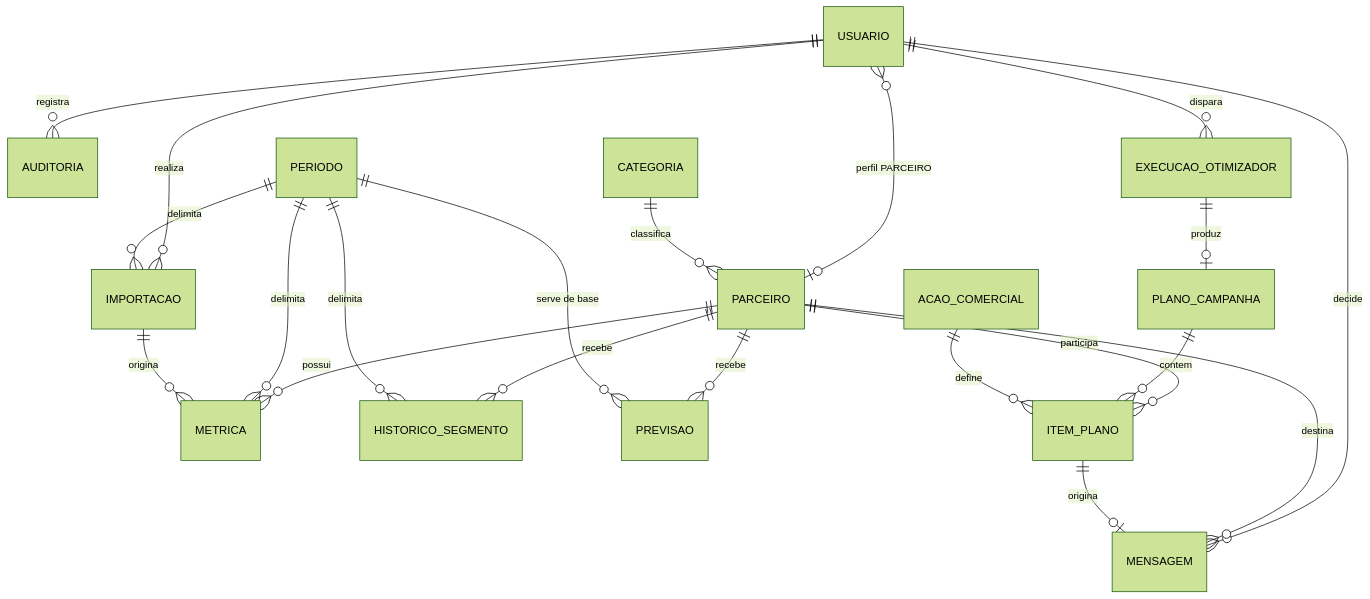
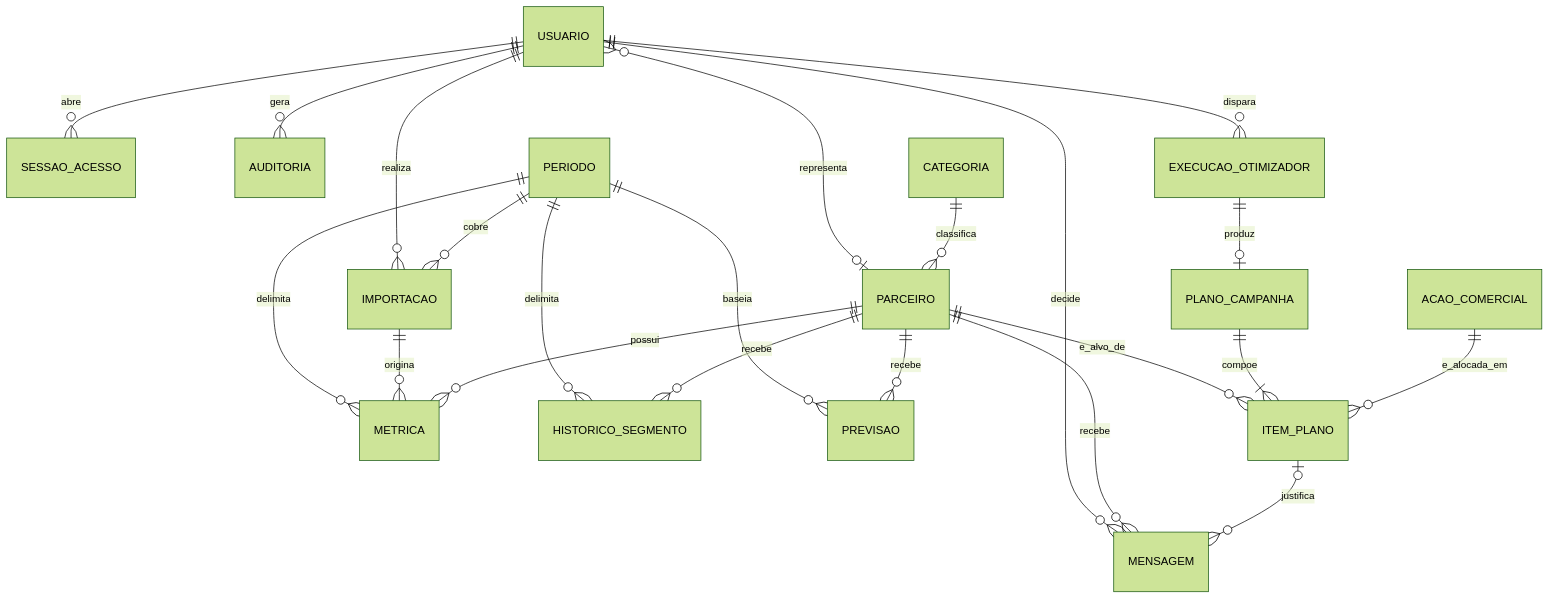
The diagram in docs/08-modelo-de-dados.md (PedroMiranda243/gih-fabrica-de-software), drawn with Mermaid (forest theme) before and after one commit. The commit also changed other lines of this file and 27 other files, not shown here.

First line of the commit message:
docs: acrescenta o diagrama de classes e reescreve o modelo de dados

````diff
--- a/docs/08-modelo-de-dados.md
+++ b/docs/08-modelo-de-dados.md
@@ -14,28 +23,29 @@
 ```mermaid
 erDiagram
-    USUARIO ||--o{ AUDITORIA : registra
+    USUARIO ||--o{ SESSAO_ACESSO : abre
+    USUARIO ||--o{ AUDITORIA : gera
     USUARIO ||--o{ IMPORTACAO : realiza
     USUARIO ||--o{ EXECUCAO_OTIMIZADOR : dispara
     USUARIO ||--o{ MENSAGEM : decide
-    USUARIO }o--o| PARCEIRO : "perfil PARCEIRO"
+    USUARIO }o--o| PARCEIRO : representa
 
     CATEGORIA ||--o{ PARCEIRO : classifica
+
+    PERIODO ||--o{ IMPORTACAO : cobre
+    PERIODO ||--o{ METRICA : delimita
+    PERIODO ||--o{ HISTORICO_SEGMENTO : delimita
+    PERIODO ||--o{ PREVISAO : baseia
+
+    IMPORTACAO ||--o{ METRICA : origina
 
     PARCEIRO ||--o{ METRICA : possui
     PARCEIRO ||--o{ HISTORICO_SEGMENTO : recebe
     PARCEIRO ||--o{ PREVISAO : recebe
-    PARCEIRO ||--o{ ITEM_PLANO : participa
-    PARCEIRO ||--o{ MENSAGEM : destina
-
-    PERIODO ||--o{ IMPORTACAO : delimita
-    PERIODO ||--o{ METRICA : delimita
-    PERIODO ||--o{ HISTORICO_SEGMENTO : delimita
-    PERIODO ||--o{ PREVISAO : "serve de base"
-
-    IMPORTACAO ||--o{ METRICA : origina
+    PARCEIRO ||--o{ ITEM_PLANO : e_alvo_de
+    PARCEIRO ||--o{ MENSAGEM : recebe
 
     EXECUCAO_OTIMIZADOR ||--o| PLANO_CAMPANHA : produz
-    PLANO_CAMPANHA ||--o{ ITEM_PLANO : contem
-    ACAO_COMERCIAL ||--o{ ITEM_PLANO : define
-    ITEM_PLANO ||--o| MENSAGEM : origina
+    PLANO_CAMPANHA ||--|{ ITEM_PLANO : compoe
+    ACAO_COMERCIAL ||--o{ ITEM_PLANO : e_alocada_em
+    ITEM_PLANO |o--o{ MENSAGEM : justifica
 ```
````
